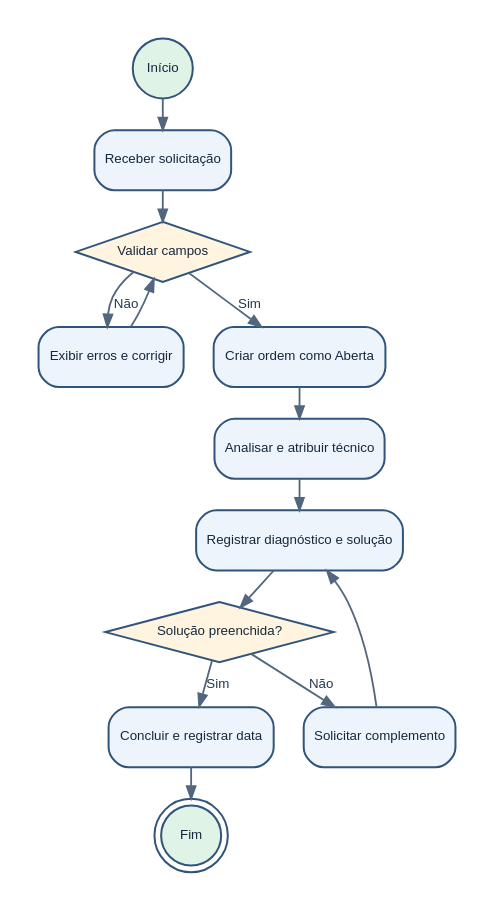
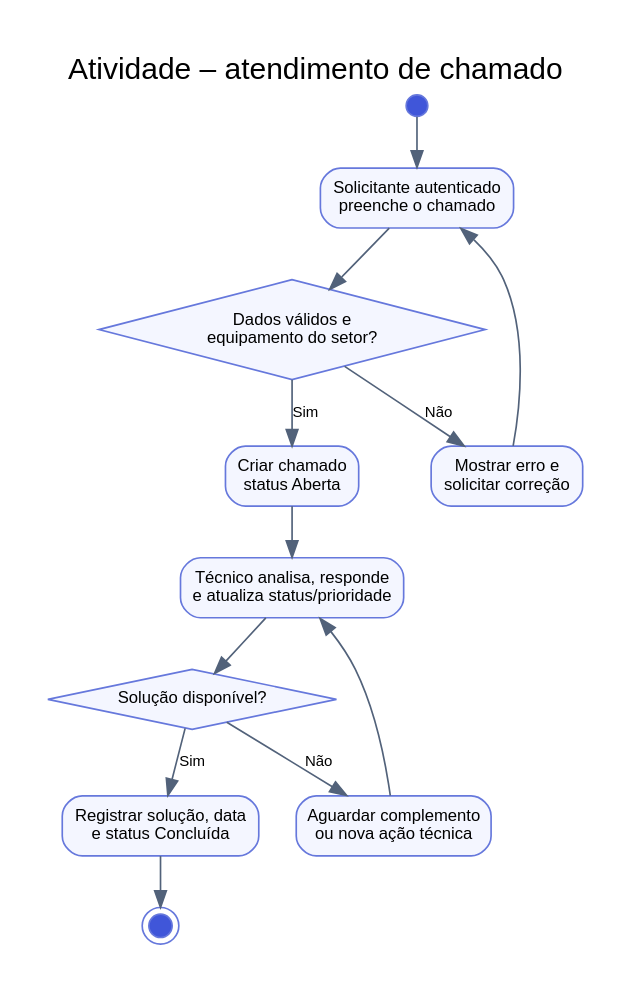
One commit to Hian0liveira/scmc-sistema-chamados changed the diagram in docs/diagramas/atividade.dot. Above: the diagram before and after it, drawn with Graphviz. The commit also changed 27 other files, not shown here.

```diff
--- a/docs/diagramas/atividade.dot
+++ b/docs/diagramas/atividade.dot
@@ -1,1 +1,8 @@
-digraph G { graph [size="7,8",fontname="Arial",fontsize=9,bgcolor="white",pad="0.22",nodesep="0.25",ranksep="0.25"]; node [fontname="Arial",fontsize=8,color="#31547a",fontcolor="#15283e",style="rounded,filled",fillcolor="#edf4fb",margin="0.08,0.04",penwidth=1.2]; edge [fontname="Arial",fontsize=8,color="#52677e",fontcolor="#24384d",penwidth=1.1,arrowsize=.75]; rankdir=TB; start [label="Início",shape=circle,fillcolor="#dff3e7"]; req [label="Receber solicitação",shape=box]; valid [label="Validar campos",shape=diamond,style=filled,fillcolor="#fff4df"]; err [label="Exibir erros e corrigir",shape=box]; create [label="Criar ordem como Aberta",shape=box]; attend [label="Analisar e atribuir técnico",shape=box]; update [label="Registrar diagnóstico e solução",shape=box]; sol [label="Solução preenchida?",shape=diamond,style=filled,fillcolor="#fff4df"]; fix [label="Solicitar complemento",shape=box]; close [label="Concluir e registrar data",shape=box]; end [label="Fim",shape=doublecircle,fillcolor="#dff3e7"]; start->req->valid; valid->err [label="Não"]; err->valid; valid->create [label="Sim"]; create->attend->update->sol; sol->fix [label="Não"]; fix->update; sol->close [label="Sim"]; close->end; }
+digraph CyrexActivity { graph [rankdir=TB, bgcolor="white", pad=0.3, nodesep=0.3, ranksep=0.42, fontname="Arial", label="Atividade – atendimento de chamado", labelloc=t, fontsize=18]; node [fontname="Arial", fontsize=10, style="filled", fillcolor="#f4f6ff", color="#6678dc"]; edge [fontname="Arial", fontsize=9, color="#52627a"]; start [shape=circle, label="", width=.18, fillcolor="#4056d9"]; login [shape=box, style="rounded,filled", label="Solicitante autenticado
+preenche o chamado"]; validate [shape=diamond, label="Dados válidos e
+equipamento do setor?"]; error [shape=box, style="rounded,filled", label="Mostrar erro e
+solicitar correção"]; create [shape=box, style="rounded,filled", label="Criar chamado
+status Aberta"]; attend [shape=box, style="rounded,filled", label="Técnico analisa, responde
+e atualiza status/prioridade"]; solved [shape=diamond, label="Solução disponível?"]; wait [shape=box, style="rounded,filled", label="Aguardar complemento
+ou nova ação técnica"]; close [shape=box, style="rounded,filled", label="Registrar solução, data
+e status Concluída"]; end [shape=doublecircle, label="", width=.2, fillcolor="#4056d9"]; start -> login -> validate; validate -> error [label="Não"]; error -> login; validate -> create [label="Sim"]; create -> attend -> solved; solved -> wait [label="Não"]; wait -> attend; solved -> close [label="Sim"]; close -> end; }
```
